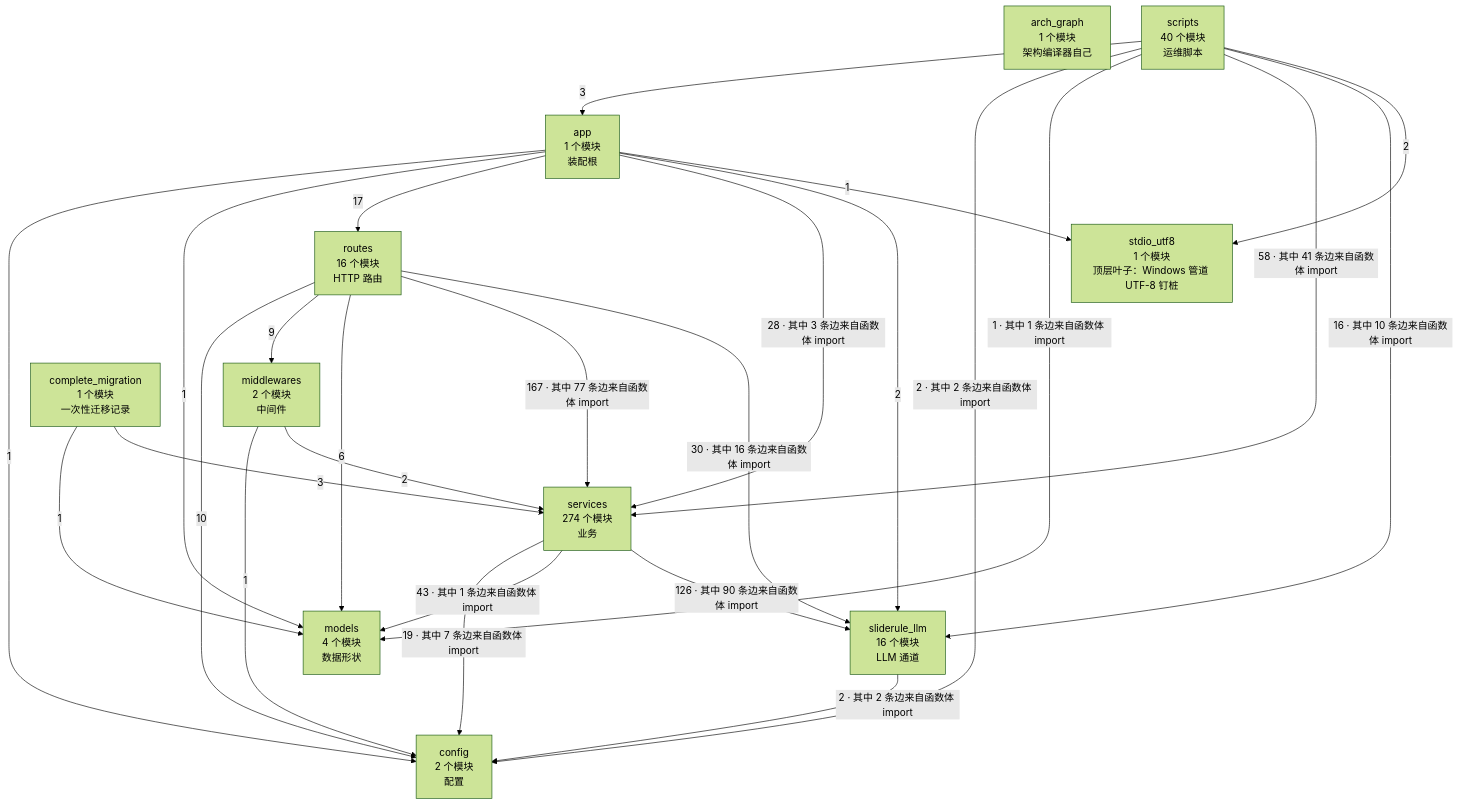
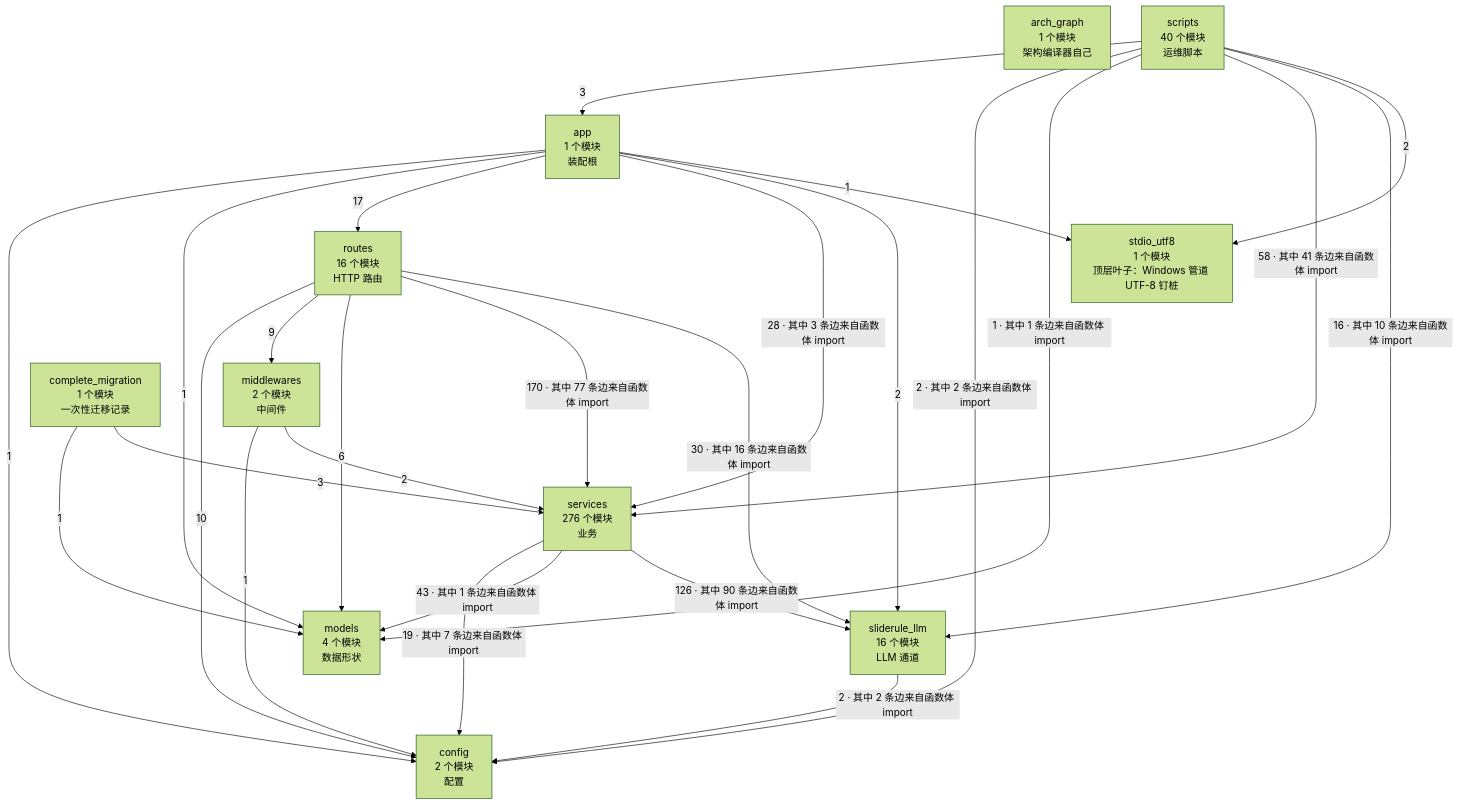
Before and after one commit to 2686521696/WhyBuddy: the second of 4 diagrams in docs/SlideRule V6.2 架构图（自动生成）.md, drawn with Mermaid (forest theme). The commit also changed other lines of this file and 29 other files, not shown here.

````diff
--- a/docs/SlideRule V6.2 架构图（自动生成）.md
+++ b/docs/SlideRule V6.2 架构图（自动生成）.md
@@ -62,39 +62,39 @@
 ```mermaid
 flowchart TB
   arch_graph["arch_graph<br/>1 个模块<br/>架构编译器自己"]
   config["config<br/>2 个模块<br/>配置"]
   models["models<br/>4 个模块<br/>数据形状"]
   stdio_utf8["stdio_utf8<br/>1 个模块<br/>顶层叶子：Windows 管道 UTF-8 钉桩"]
   sliderule_llm["sliderule_llm<br/>16 个模块<br/>LLM 通道"]
   middlewares["middlewares<br/>2 个模块<br/>中间件"]
-  services["services<br/>274 个模块<br/>业务"]
+  services["services<br/>276 个模块<br/>业务"]
   routes["routes<br/>16 个模块<br/>HTTP 路由"]
   app["app<br/>1 个模块<br/>装配根"]
   complete_migration["complete_migration<br/>1 个模块<br/>一次性迁移记录"]
   scripts["scripts<br/>40 个模块<br/>运维脚本"]
   app -->|1| config
   app -->|1| models
   app -->|17| routes
   app -->|28 · 其中 3 条边来自函数体 import| services
   app -->|2| sliderule_llm
   app -->|1| stdio_utf8
   complete_migration -->|1| models
   complete_migration -->|3| services
   middlewares -->|1| config
   middlewares -->|2| services
   routes -->|10| config
   routes -->|9| middlewares
   routes -->|6| models
-  routes -->|167 · 其中 77 条边来自函数体 import| services
+  routes -->|170 · 其中 77 条边来自函数体 import| services
   routes -->|30 · 其中 16 条边来自函数体 import| sliderule_llm
   scripts -->|3| app
   scripts -->|2 · 其中 2 条边来自函数体 import| config
   scripts -->|1 · 其中 1 条边来自函数体 import| models
   scripts -->|58 · 其中 41 条边来自函数体 import| services
   scripts -->|16 · 其中 10 条边来自函数体 import| sliderule_llm
   scripts -->|2| stdio_utf8
   services -->|19 · 其中 7 条边来自函数体 import| config
   services -->|43 · 其中 1 条边来自函数体 import| models
   services -->|126 · 其中 90 条边来自函数体 import| sliderule_llm
   sliderule_llm -->|2 · 其中 2 条边来自函数体 import| config
 ```
````
